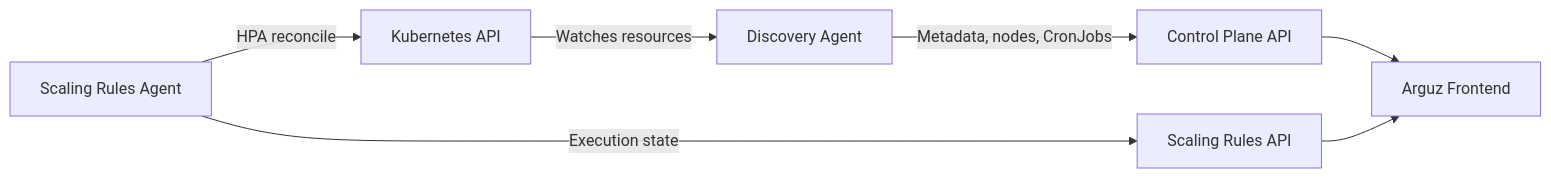
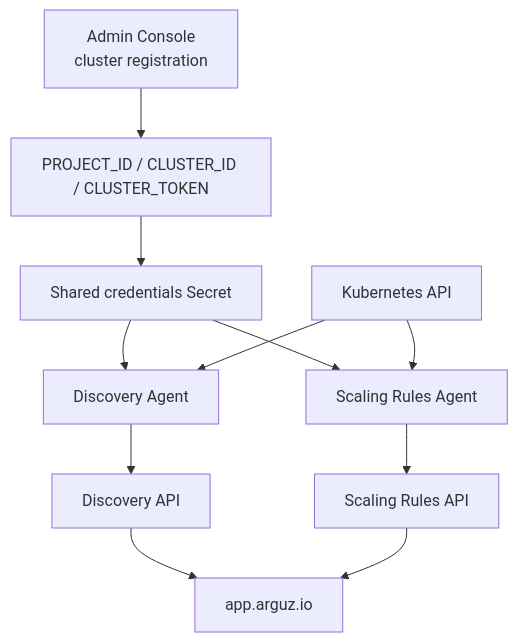
Before and after one commit to Arguz-Labs/Arguz-Docs: the diagram in docs/agent/index.md, drawn with Mermaid. The commit also changed other lines of this file and 37 other files, not shown here.

````diff
--- a/docs/agent/index.md
+++ b/docs/agent/index.md
@@ -31,9 +22,13 @@
 ```mermaid
-graph LR
-    A[Kubernetes API] -->|Watches resources| B[Discovery Agent]
-    B -->|Metadata, nodes, CronJobs| C[Control Plane API]
-    G[Scaling Rules Agent] -->|HPA reconcile| A
-    G -->|Execution state| H[Scaling Rules API]
-    C --> F[Arguz Frontend]
-    H --> F
+graph TD
+    A[Admin Console<br/>cluster registration] --> B[PROJECT_ID / CLUSTER_ID / CLUSTER_TOKEN]
+    B --> C[Shared credentials Secret]
+    C --> D[Discovery Agent]
+    C --> E[Scaling Rules Agent]
+    F[Kubernetes API] --> D
+    F --> E
+    D --> G[Discovery API]
+    E --> H[Scaling Rules API]
+    G --> I[app.arguz.io]
+    H --> I
 ```
````
